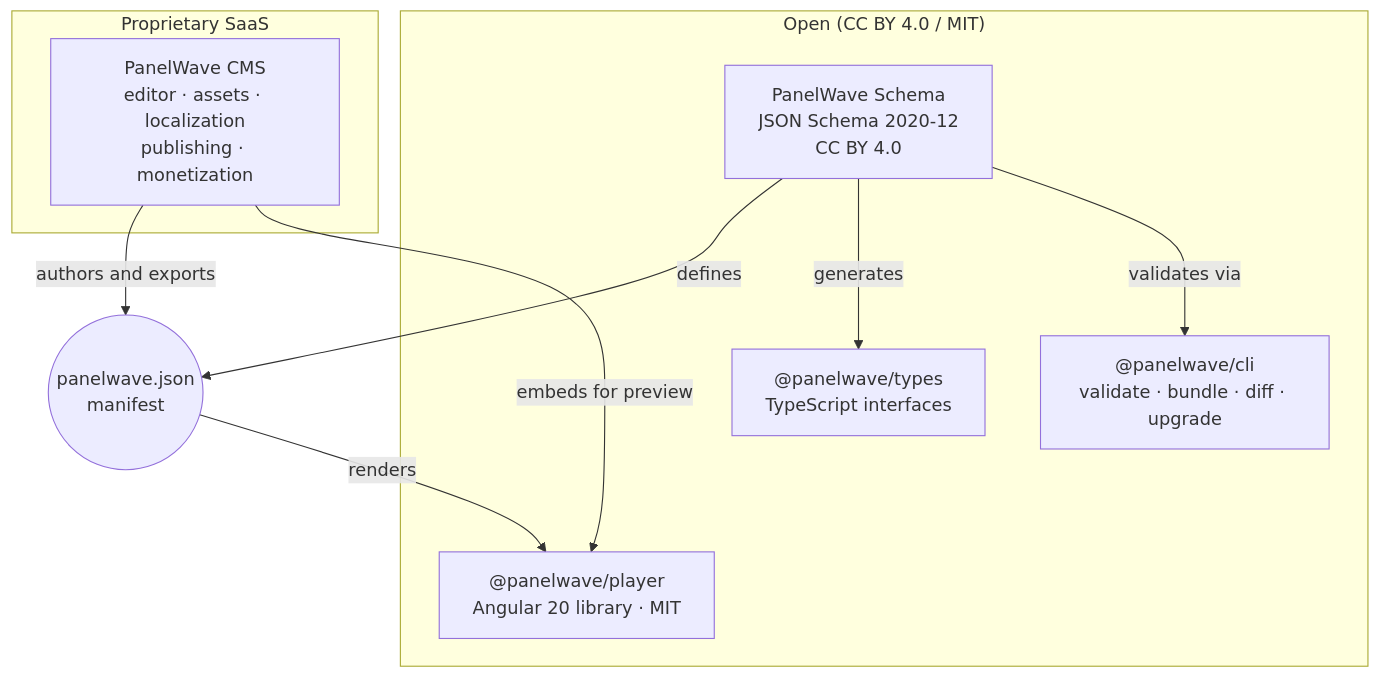
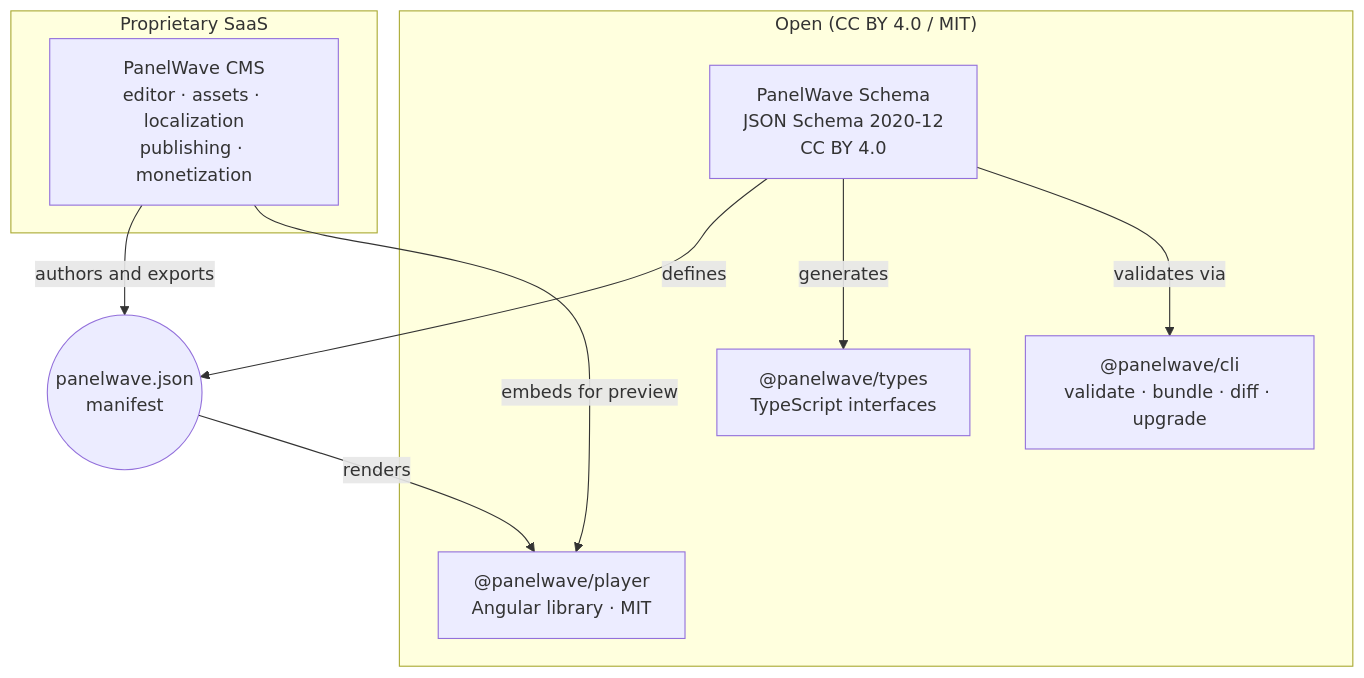
Before and after one commit to peoplegraphics/documentationai-Docs: the diagram in concepts/architecture.mdx, drawn with Mermaid. The commit also changed other lines of this file and 11 other files, not shown here.

First line of the commit message:
docs(player): 1.2.0 (unreleased) — Angular 21/22 and ngx-translate 18 peers, PlayerPanelChangeEvent

````diff
--- a/concepts/architecture.mdx
+++ b/concepts/architecture.mdx
@@ -10,20 +10,20 @@
 ```mermaid
 graph TD
     subgraph Open["Open (CC BY 4.0 / MIT)"]
         SCHEMA["PanelWave Schema<br/>JSON Schema 2020-12<br/>CC BY 4.0"]
         TYPES["@panelwave/types<br/>TypeScript interfaces"]
         CLI["@panelwave/cli<br/>validate · bundle · diff · upgrade"]
-        PLAYER["@panelwave/player<br/>Angular 20 library · MIT"]
+        PLAYER["@panelwave/player<br/>Angular library · MIT"]
     end
     subgraph Proprietary["Proprietary SaaS"]
         CMS["PanelWave CMS<br/>editor · assets · localization<br/>publishing · monetization"]
     end
     MANIFEST(("panelwave.json<br/>manifest"))
 
     SCHEMA -->|defines| MANIFEST
     SCHEMA -->|generates| TYPES
     SCHEMA -->|validates via| CLI
     CMS -->|authors and exports| MANIFEST
     MANIFEST -->|renders| PLAYER
     CMS -->|embeds for preview| PLAYER
 ```
````
